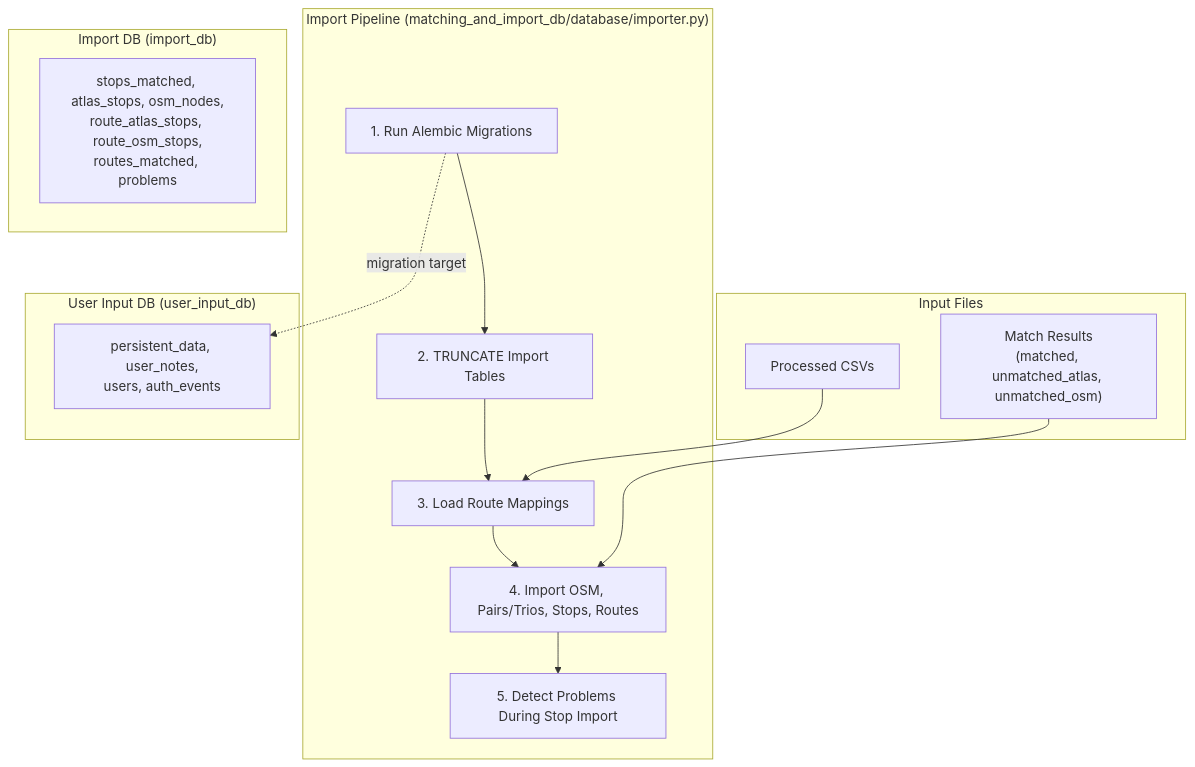
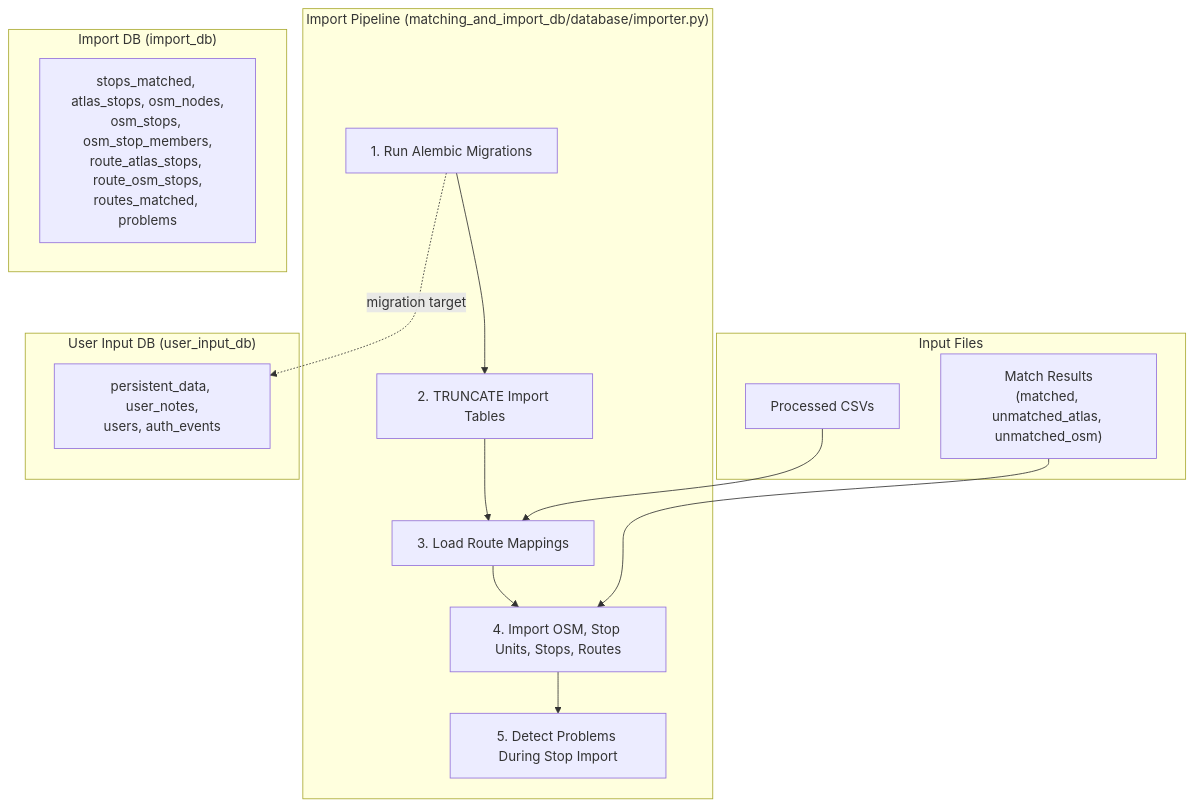
The diagram in documentation/4.2 Import Process.md (openTdataCH/stop_sync_osm_atlas), drawn with Mermaid before and after one commit. The commit also changed other lines of this file and 21 other files, not shown here.

````diff
--- a/documentation/4.2 Import Process.md
+++ b/documentation/4.2 Import Process.md
@@ -7,28 +7,28 @@
 ```mermaid
 flowchart TB
     subgraph Input["Input Files"]
         CSV["Processed CSVs"]
         Match["Match Results<br/>(matched, unmatched_atlas, unmatched_osm)"]
     end
     
     subgraph Import["Import Pipeline (matching_and_import_db/database/importer.py)"]
         M["1. Run Alembic Migrations"]
         C["2. TRUNCATE Import Tables"]
         R["3. Load Route Mappings"]
-        I["4. Import OSM, Pairs/Trios, Stops, Routes"]
+        I["4. Import OSM, Stop Units, Stops, Routes"]
         P["5. Detect Problems During Stop Import"]
         M --> C --> R --> I --> P
     end
     
     subgraph ImportDB["Import DB (import_db)"]
-        Op["stops_matched, atlas_stops, osm_nodes,<br/>route_atlas_stops, route_osm_stops,<br/>routes_matched, problems"]
+        Op["stops_matched, atlas_stops, osm_nodes,<br/>osm_stops, osm_stop_members,<br/>route_atlas_stops, route_osm_stops,<br/>routes_matched, problems"]
     end
     
     subgraph UserDB["User Input DB (user_input_db)"]
         Per["persistent_data, user_notes,<br/>users, auth_events"]
     end
     
     CSV --> R
     Match --> I
     M -. migration target .-> Per
 ```
````
